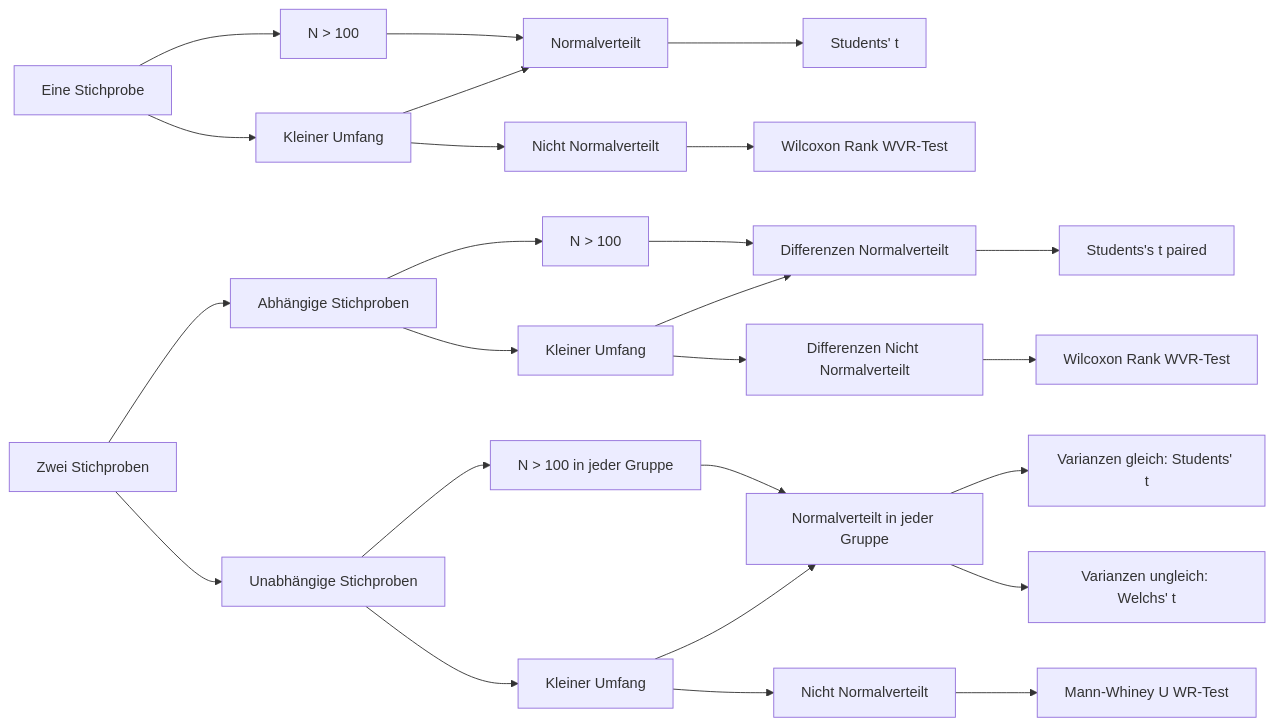
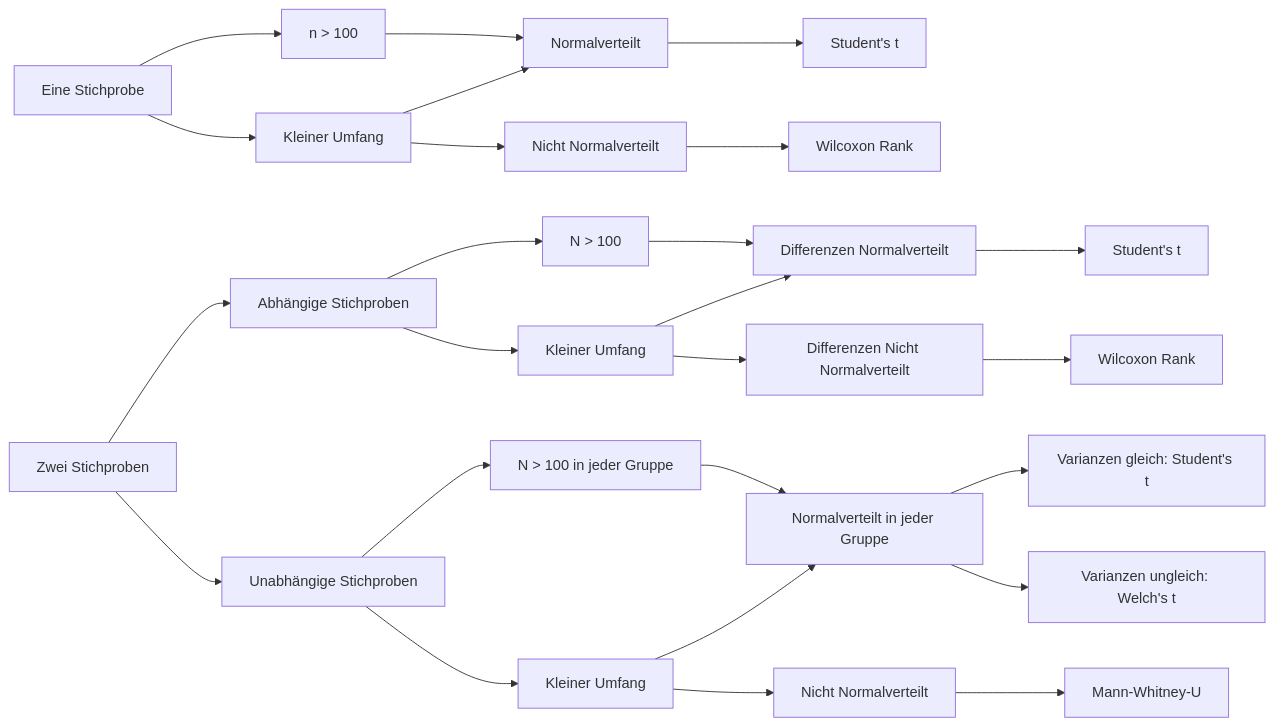
The diagram in static/images/stat-tests.mmd (bern-movement-lab/open-healthstat-edu), drawn with Mermaid before and after one commit. The commit also changed 1 other file, not shown here.

```diff
--- a/static/images/stat-tests.mmd
+++ b/static/images/stat-tests.mmd
@@ -1,29 +1,29 @@
 flowchart LR
     A[Eine Stichprobe]
     B[Zwei Stichproben]
-    A --> A1[N > 100] 
-    A1 --> A11[Students' t]
+    A --> A1[n > 100] 
+    A1 --> A11[Student's t]
     A --> A2[Kleiner Umfang]
     A2 --> A11[Normalverteilt]
     A2 --> A12[Nicht Normalverteilt]
-    A11 --> A111[Students' t]
-    A12 --> A121[Wilcoxon Rank WVR-Test]
+    A11 --> A111[Student's t]
+    A12 --> A121[Wilcoxon Rank]
     
     B --> B1[Abhängige Stichproben]
     B1 --> B11[N > 100] 
     B1 --> B12[Kleiner Umfang] 
     B12 --> B121[Differenzen Normalverteilt]
     B11 --> B121
-    B121 --> B1211[Students's t paired]
+    B121 --> B1211[Student's t]
     B12 --> B122[Differenzen Nicht Normalverteilt]
-    B122 --> B1221[Wilcoxon Rank WVR-Test]
+    B122 --> B1221[Wilcoxon Rank]
 
     B --> B2[Unabhängige Stichproben]
     B2 --> B21[N > 100 in jeder Gruppe] 
     B2 --> B22[Kleiner Umfang]
     B22 --> B221[Normalverteilt in jeder Gruppe]
     B21 --> B221
     B22 --> B222[Nicht Normalverteilt]
-    B221 --> B2211[Varianzen gleich: Students' t]
-    B221 --> B2212[Varianzen ungleich: Welchs' t]
-    B222 --> B2221[Mann-Whiney U WR-Test]
+    B221 --> B2211[Varianzen gleich: Student's t]
+    B221 --> B2212[Varianzen ungleich: Welch's t]
+    B222 --> B2221[Mann-Whitney-U]
```
